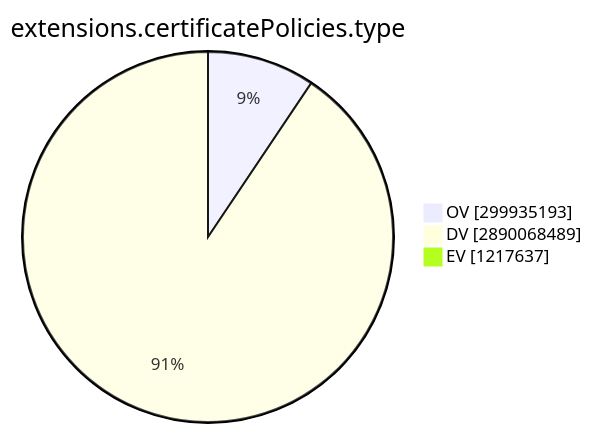
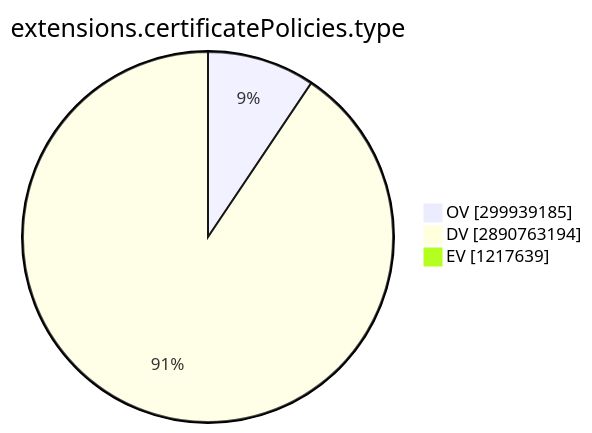
Before and after one commit to christiankrug/ctmonitor_visualization: the ninth of 15 diagrams in TOTAL/README.md, drawn with Mermaid. The commit also changed other lines of this file, not shown here.

````diff
--- a/TOTAL/README.md
+++ b/TOTAL/README.md
@@ -3101,7 +3101,7 @@
 ```mermaid
 pie showData
 title extensions.certificatePolicies.type
-"OV" :299935193
-"DV" :2890068489
-"EV" :1217637
+"OV" :299939185
+"DV" :2890763194
+"EV" :1217639
 ```
````
